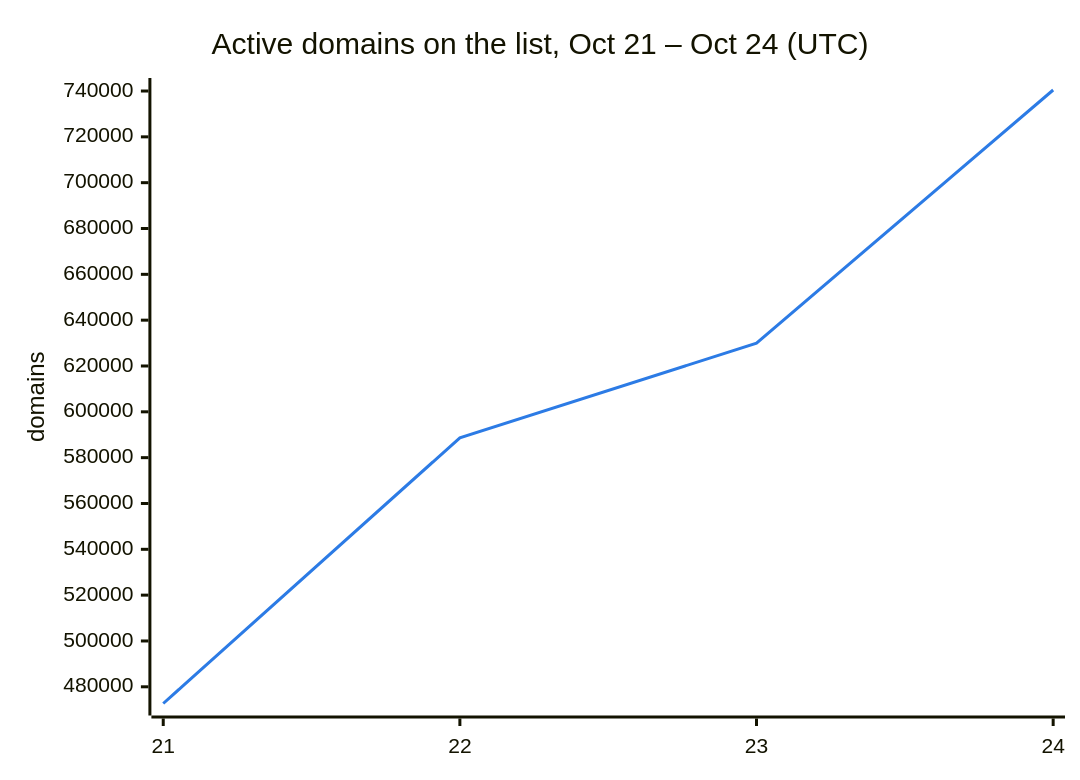
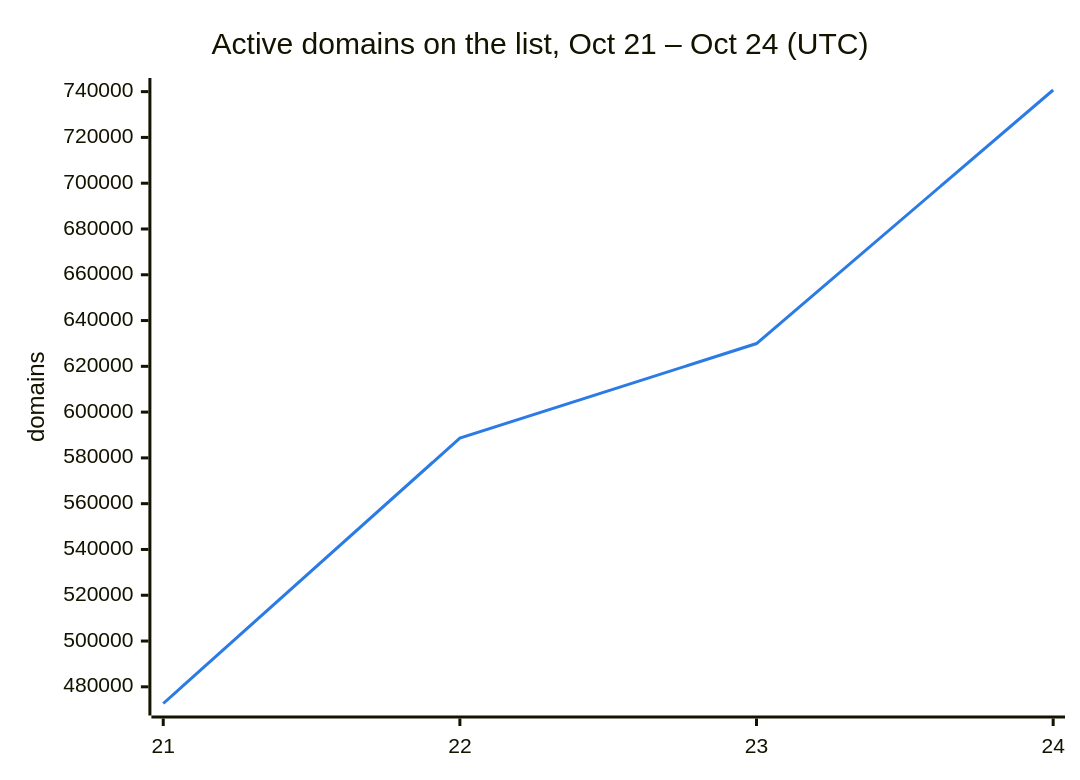
Before and after one commit to DNSBunker/CTI: the second of 3 diagrams in README.md, drawn with Mermaid. The commit also changed other lines of this file and 3 other files, not shown here.

````diff
--- a/README.md
+++ b/README.md
@@ -38,8 +38,8 @@
 ```mermaid
 %%{init: {"themeVariables": {"xyChart": {"plotColorPalette": "#2c7be5"}}}}%%
 xychart-beta
     title "Active domains on the list, Oct 21 – Oct 24 (UTC)"
     x-axis ["21", "22", "23", "24"]
     y-axis "domains"
-    line [472713, 588659, 629951, 740443]
+    line [472713, 588659, 629951, 740713]
 ```
````
